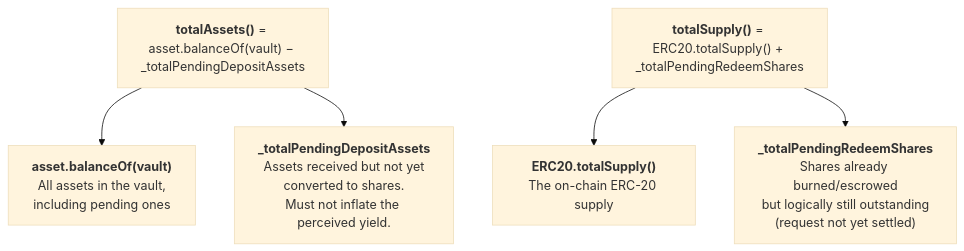
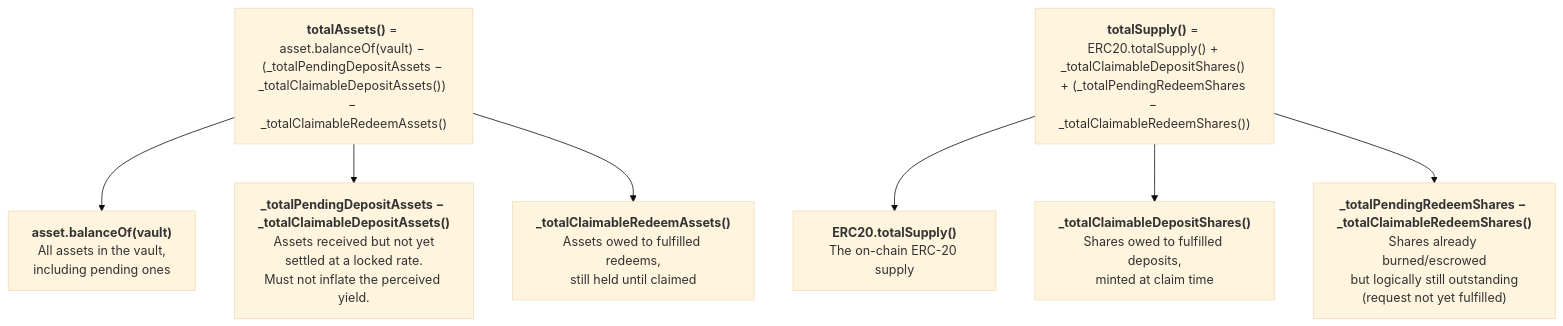
The fifth of 5 diagrams in docs/modules/ROOT/pages/erc7540.adoc (OpenZeppelin/openzeppelin-community-contracts), drawn with Mermaid (base theme) before and after one commit. The commit also changed other lines of this file and 16 other files, not shown here.

First line of the commit message:
ERC7540: account fulfilled-but-unclaimed requests as settled in totalAssets/totalSupply

````diff
--- a/docs/modules/ROOT/pages/erc7540.adoc
+++ b/docs/modules/ROOT/pages/erc7540.adoc
@@ -513,10 +513,12 @@
 ```mermaid
 flowchart TD
-    TA["<b>totalAssets()</b> = asset.balanceOf(vault) − _totalPendingDepositAssets"]
+    TA["<b>totalAssets()</b> = asset.balanceOf(vault) − (_totalPendingDepositAssets − _totalClaimableDepositAssets()) − _totalClaimableRedeemAssets()"]
     TA --> TA1["<b>asset.balanceOf(vault)</b><br/>All assets in the vault,<br/>including pending ones"]
-    TA --> TA2["<b>_totalPendingDepositAssets</b><br/>Assets received but not yet<br/>converted to shares.<br/>Must not inflate the perceived yield."]
+    TA --> TA2["<b>_totalPendingDepositAssets − _totalClaimableDepositAssets()</b><br/>Assets received but not yet<br/>settled at a locked rate.<br/>Must not inflate the perceived yield."]
+    TA --> TA3["<b>_totalClaimableRedeemAssets()</b><br/>Assets owed to fulfilled redeems,<br/>still held until claimed"]
 
-    TS["<b>totalSupply()</b> = ERC20.totalSupply() + _totalPendingRedeemShares"]
+    TS["<b>totalSupply()</b> = ERC20.totalSupply() + _totalClaimableDepositShares() + (_totalPendingRedeemShares − _totalClaimableRedeemShares())"]
     TS --> TS1["<b>ERC20.totalSupply()</b><br/>The on-chain ERC-20 supply"]
-    TS --> TS2["<b>_totalPendingRedeemShares</b><br/>Shares already burned/escrowed<br/>but logically still outstanding<br/>(request not yet settled)"]
+    TS --> TS2["<b>_totalClaimableDepositShares()</b><br/>Shares owed to fulfilled deposits,<br/>minted at claim time"]
+    TS --> TS3["<b>_totalPendingRedeemShares − _totalClaimableRedeemShares()</b><br/>Shares already burned/escrowed<br/>but logically still outstanding<br/>(request not yet fulfilled)"]
 ```
````
